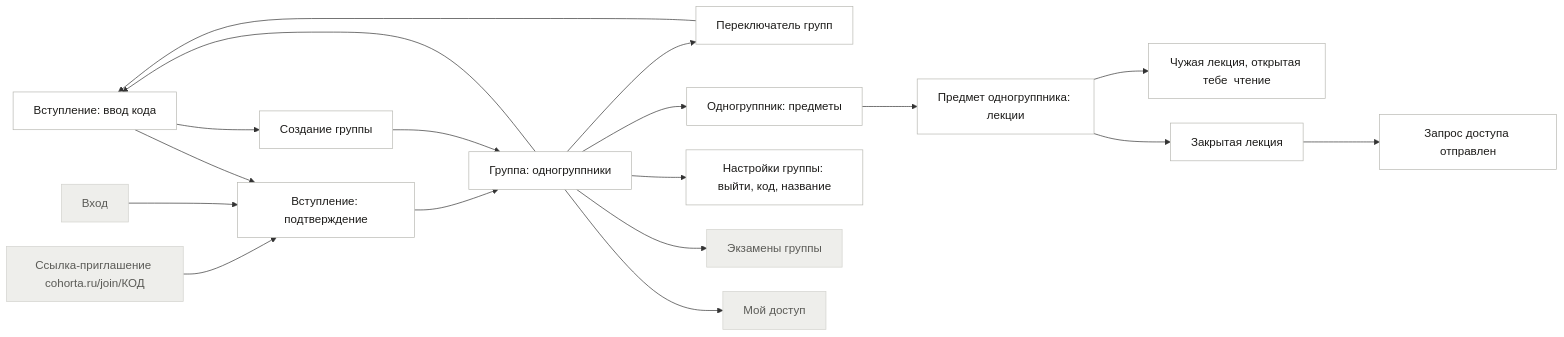
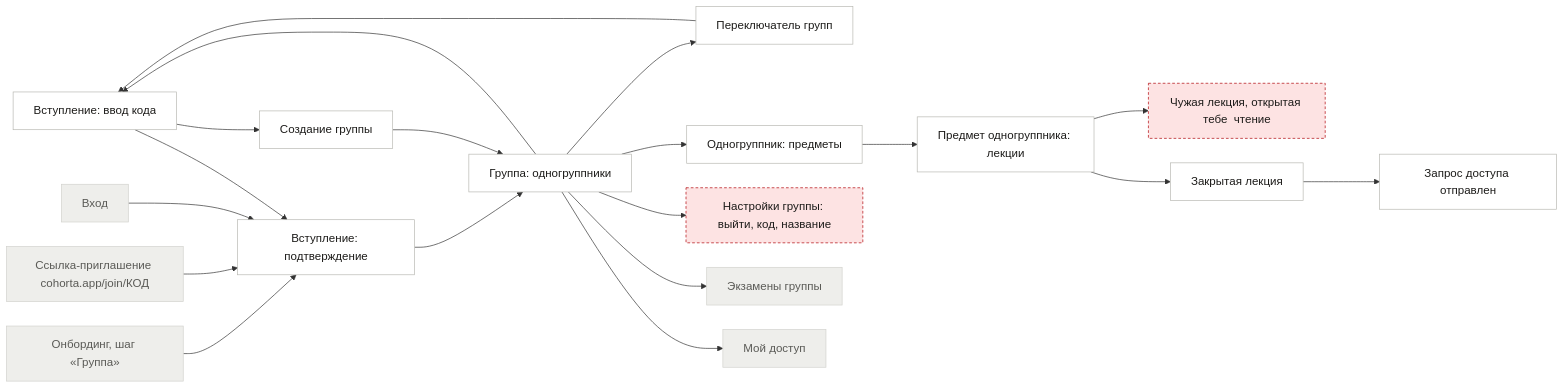
The fifth of 6 diagrams in docs/design/ia/userflow.md (misha-quartzevsky/cohorta), drawn with Mermaid before and after one commit. The commit also changed other lines of this file and 7 other files, not shown here.

Commit message:
docs(design): свежий пакет макетов C (Screen-group-access без переключателя, Screen-settings)

````diff
--- a/docs/design/ia/userflow.md
+++ b/docs/design/ia/userflow.md
@@ -342,55 +348,58 @@
 ```mermaid
 %%{init:{"themeVariables":{"fontSize":"17px"},"flowchart":{"nodeSpacing":36,"rankSpacing":80,"curve":"basis"}}}%%
 flowchart LR
   g_join["Вступление: ввод кода"]
   g_join_ok["Вступление: подтверждение"]
   g_create["Создание группы"]
   g_home["Группа: одногруппники"]
   g_switch["Переключатель групп"]
   g_member["Одногруппник: предметы"]
   g_member_subj["Предмет одногруппника: лекции"]
   g_read["Чужая лекция, открытая тебе  чтение "]
   g_closed["Закрытая лекция"]
   g_sent["Запрос доступа отправлен"]
   g_settings["Настройки группы: выйти, код, название"]
   g_exams["Экзамены группы"]
   g_myaccess["Мой доступ"]
-  join_link["Ссылка-приглашение cohorta.ru/join/КОД"]
+  join_link["Ссылка-приглашение cohorta.app/join/КОД"]
   login["Вход"]
+  onb_group["Онбординг, шаг «Группа»"]
+  onb_group --> g_join_ok
   join_link --> g_join_ok
   login --> g_join_ok
   g_home --> g_join
   g_join --> g_join_ok
   g_join --> g_create
   g_join_ok --> g_home
   g_create --> g_home
   g_home --> g_switch
   g_switch --> g_join
   g_home --> g_member
   g_home --> g_settings
   g_member --> g_member_subj
   g_member_subj --> g_read
   g_member_subj --> g_closed
   g_closed --> g_sent
   g_home --> g_myaccess
   g_home --> g_exams
   classDef ok fill:#FFFFFF,stroke:#B8B8B2,color:#1C1B19
   classDef no fill:#FDE3E3,stroke:#B00008,stroke-dasharray:4 3,color:#1C1B19
   classDef ex fill:#EEEEEB,stroke:#D2D2CD,color:#5A5A56
   classDef vi fill:#FDEBDB,stroke:#E86800,color:#1C1B19
   class g_join ok
   class g_join_ok ok
   class g_create ok
   class g_home ok
   class g_switch ok
   class g_member ok
   class g_member_subj ok
-  class g_read ok
+  class g_read no
   class g_closed ok
   class g_sent ok
-  class g_settings ok
+  class g_settings no
   class g_exams ex
   class g_myaccess ex
   class join_link ex
   class login ex
+  class onb_group ex
 ```
````
